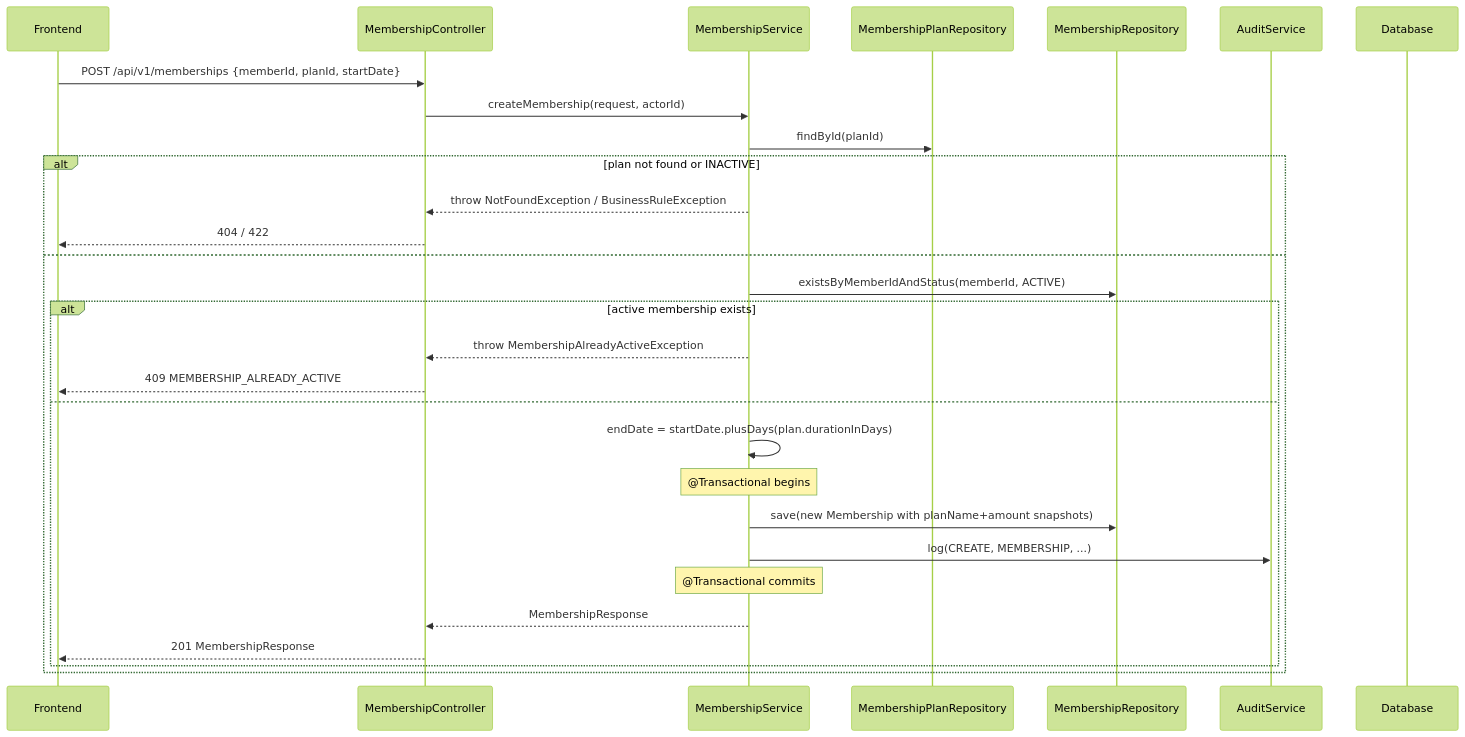
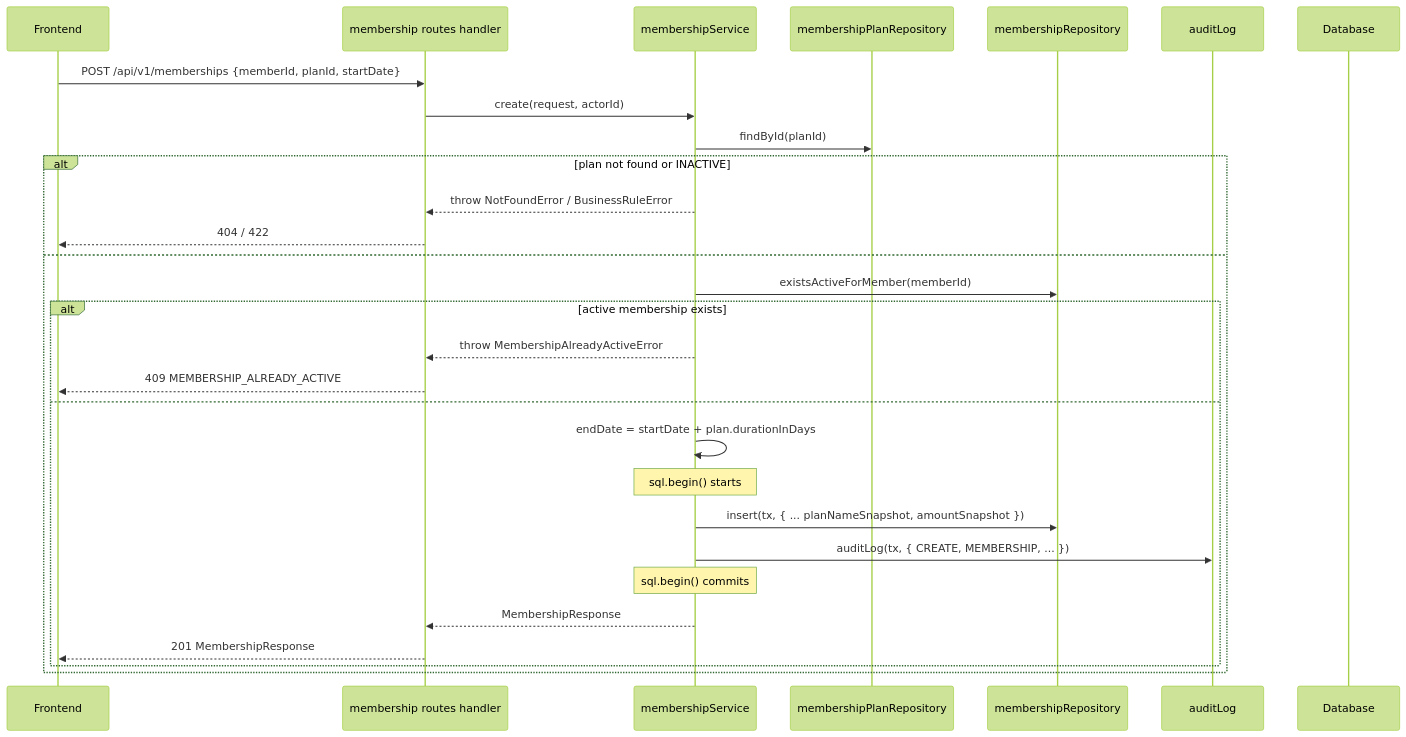
The second of 5 diagrams in backend/docs/06-backend-lld.md (sidpd51/gym-app), drawn with Mermaid (forest theme) before and after one commit. The commit also changed other lines of this file and 5 other files, not shown here.

Commit message:
Migrate backend architecture documentation from Java to Node.js/Fastify

````diff
--- a/backend/docs/06-backend-lld.md
+++ b/backend/docs/06-backend-lld.md
@@ -724,32 +720,32 @@
 ```mermaid
 sequenceDiagram
     participant FE as Frontend
-    participant C as MembershipController
-    participant S as MembershipService
-    participant PR as MembershipPlanRepository
-    participant MR as MembershipRepository
-    participant A as AuditService
+    participant R as membership routes handler
+    participant S as membershipService
+    participant PR as membershipPlanRepository
+    participant MR as membershipRepository
+    participant A as auditLog
     participant DB as Database
 
-    FE->>C: POST /api/v1/memberships {memberId, planId, startDate}
-    C->>S: createMembership(request, actorId)
+    FE->>R: POST /api/v1/memberships {memberId, planId, startDate}
+    R->>S: create(request, actorId)
     S->>PR: findById(planId)
     alt plan not found or INACTIVE
-        S-->>C: throw NotFoundException / BusinessRuleException
-        C-->>FE: 404 / 422
+        S-->>R: throw NotFoundError / BusinessRuleError
+        R-->>FE: 404 / 422
     else
-        S->>MR: existsByMemberIdAndStatus(memberId, ACTIVE)
+        S->>MR: existsActiveForMember(memberId)
         alt active membership exists
-            S-->>C: throw MembershipAlreadyActiveException
-            C-->>FE: 409 MEMBERSHIP_ALREADY_ACTIVE
+            S-->>R: throw MembershipAlreadyActiveError
+            R-->>FE: 409 MEMBERSHIP_ALREADY_ACTIVE
         else
-            S->>S: endDate = startDate.plusDays(plan.durationInDays)
-            note over S: @Transactional begins
-            S->>MR: save(new Membership with planName+amount snapshots)
-            S->>A: log(CREATE, MEMBERSHIP, ...)
-            note over S: @Transactional commits
-            S-->>C: MembershipResponse
-            C-->>FE: 201 MembershipResponse
+            S->>S: endDate = startDate + plan.durationInDays
+            note over S: sql.begin() starts
+            S->>MR: insert(tx, { ... planNameSnapshot, amountSnapshot })
+            S->>A: auditLog(tx, { CREATE, MEMBERSHIP, ... })
+            note over S: sql.begin() commits
+            S-->>R: MembershipResponse
+            R-->>FE: 201 MembershipResponse
         end
     end
 ```
````
